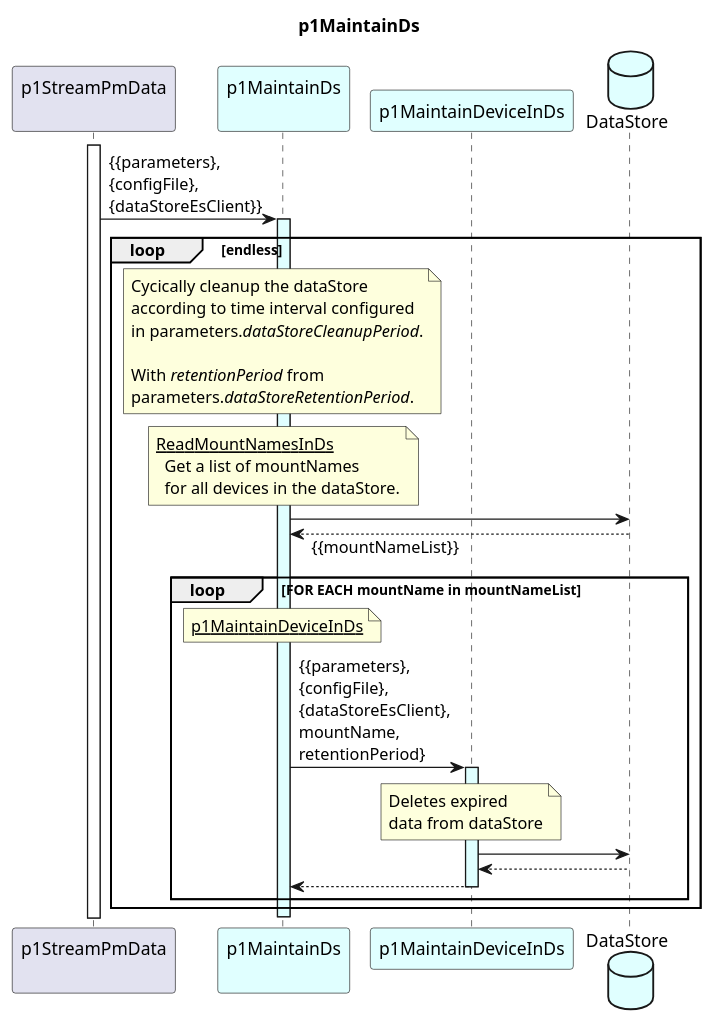
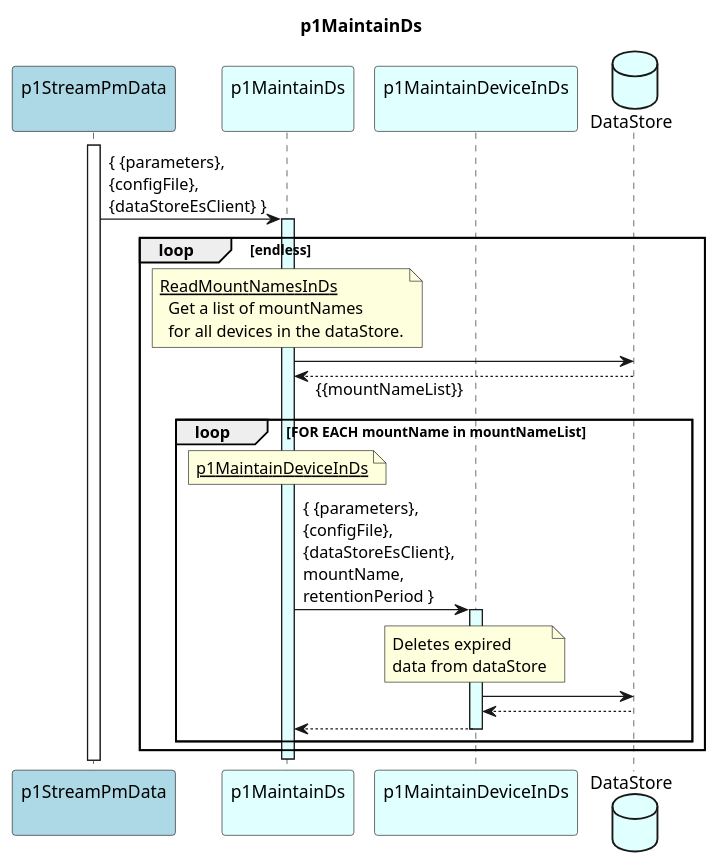
One commit to openBackhaul/DevicePerformanceManagementDataProcessor changed the diagram in spec/Functions/p1StreamPmData/p1MaintainDs/1.0.0/p1MaintainDs.plantuml. Above: the diagram before and after it, drawn with PlantUML. The commit also changed 1 other file, not shown here.

Commit message:
Editorial changes at p1MaintainDs

```diff
--- a/spec/Functions/p1StreamPmData/p1MaintainDs/1.0.0/p1MaintainDs.plantuml
+++ b/spec/Functions/p1StreamPmData/p1MaintainDs/1.0.0/p1MaintainDs.plantuml
@@ -1,63 +1,53 @@
 @startuml p1MaintainDs
 skinparam responseMessageBelowArrow true
 skinparam SequenceDividerBackgroundColor #LightSalmon
 
 title
   p1MaintainDs
 end title
 
-participant "p1StreamPmData\n" as requestor
+participant "p1StreamPmData\n" as requestor #LightBlue
 participant "p1MaintainDs\n" as cur #LightCyan
-participant "p1MaintainDeviceInDs" as dev #LightCyan
+participant "p1MaintainDeviceInDs\n" as dev #LightCyan
 database "DataStore" as ds #LightCyan
 
 
 activate requestor
 
-requestor -> cur : {{parameters},\n{configFile},\n{dataStoreEsClient}}
+requestor -> cur : { {parameters},\n{configFile},\n{dataStoreEsClient} }
 activate cur #LightCyan
 
 loop endless
-  note over cur
-    Cycically cleanup the dataStore
-    according to time interval configured
-    in parameters.<i>dataStoreCleanupPeriod</i>.
-
-    With <i>retentionPeriod</i> from
-    parameters.<i>dataStoreRetentionPeriod</i>.
-  end note
 
   note over cur
     <u>ReadMountNamesInDs</u>
       Get a list of mountNames
       for all devices in the dataStore.
   end note
   cur -> ds
   cur <-- ds: {{mountNameList}}
 
   'iterate over each device
   loop FOR EACH mountName in mountNameList
     note over cur
       <u>p1MaintainDeviceInDs</u>
     end note
 
-    cur -> dev: {{parameters},\n{configFile},\n{dataStoreEsClient},\nmountName,\nretentionPeriod}
+    cur -> dev: { {parameters},\n{configFile},\n{dataStoreEsClient},\nmountName,\nretentionPeriod }
     activate dev #LightCyan
       note over dev
         Deletes expired
         data from dataStore
       end note
       dev -> ds
       dev <-- ds
     cur <-- dev
     deactivate dev
   end loop
 
 end loop
 
 deactivate cur
 
 
-
-
 @enduml
```
